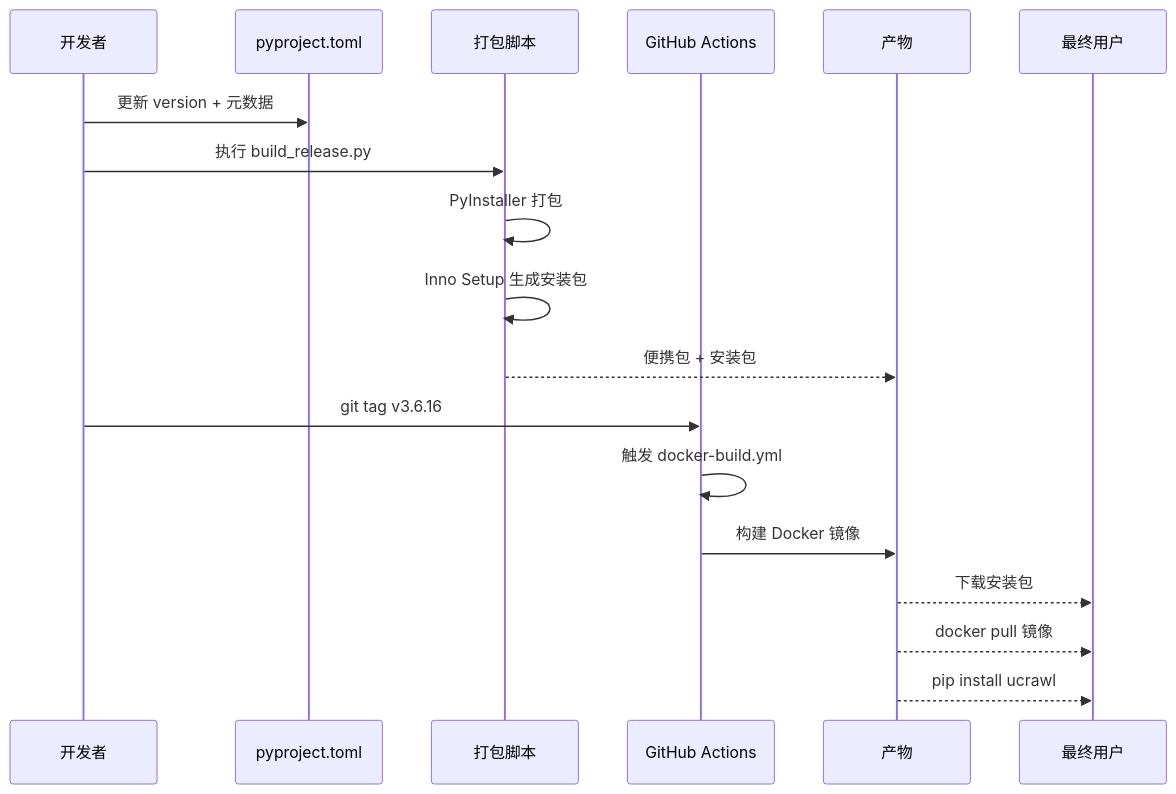
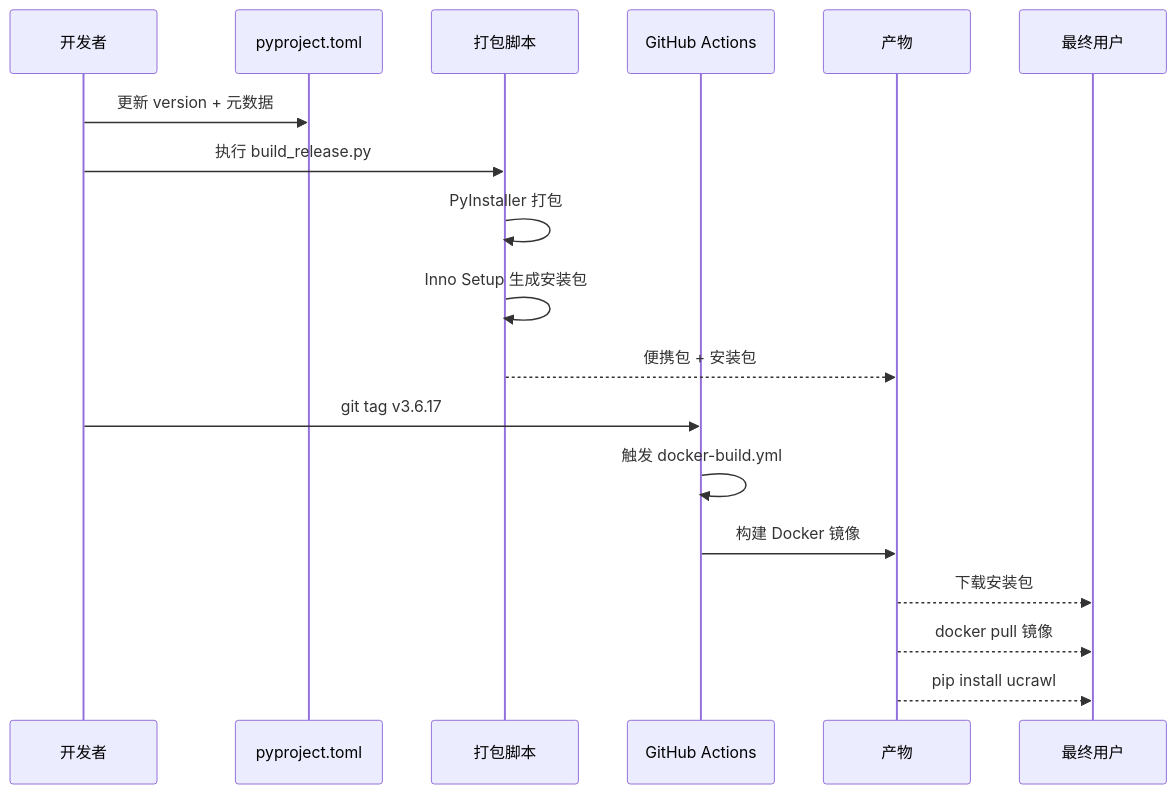
Before and after one commit to haohaizi554/UniversalCrawler: the fifth of 5 diagrams in mermaid/10-packaging-and-delivery.md, drawn with Mermaid. The commit also changed other lines of this file and 23 other files, not shown here.

````diff
--- a/mermaid/10-packaging-and-delivery.md
+++ b/mermaid/10-packaging-and-delivery.md
@@ -151,23 +151,23 @@
 ```mermaid
 sequenceDiagram
     participant Dev as 开发者
     participant Ver as pyproject.toml
     participant Build as 打包脚本
     participant CI as GitHub Actions
     participant Artifact as 产物
     participant User as 最终用户
 
     Dev->>Ver: 更新 version + 元数据
     Dev->>Build: 执行 build_release.py
     Build->>Build: PyInstaller 打包
     Build->>Build: Inno Setup 生成安装包
     Build-->>Artifact: 便携包 + 安装包
     
-    Dev->>CI: git tag v3.6.16
+    Dev->>CI: git tag v3.6.17
     CI->>CI: 触发 docker-build.yml
     CI->>Artifact: 构建 Docker 镜像
     
     Artifact-->>User: 下载安装包
     Artifact-->>User: docker pull 镜像
     Artifact-->>User: pip install ucrawl
 ```
````
